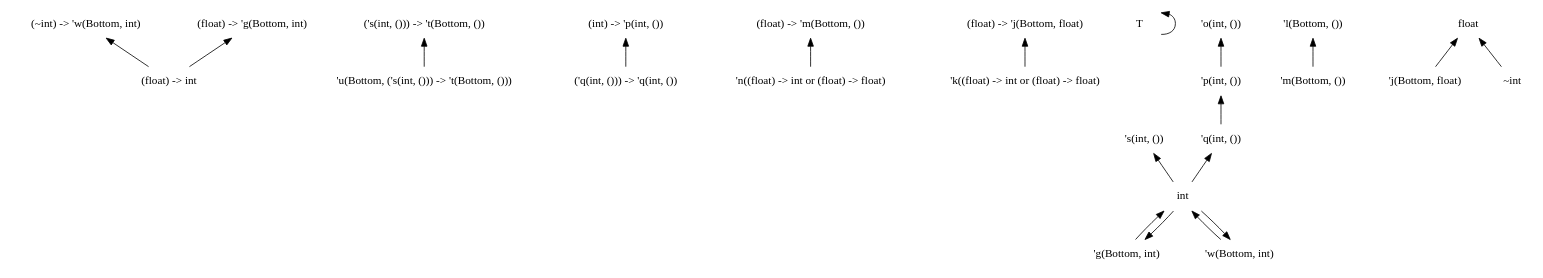
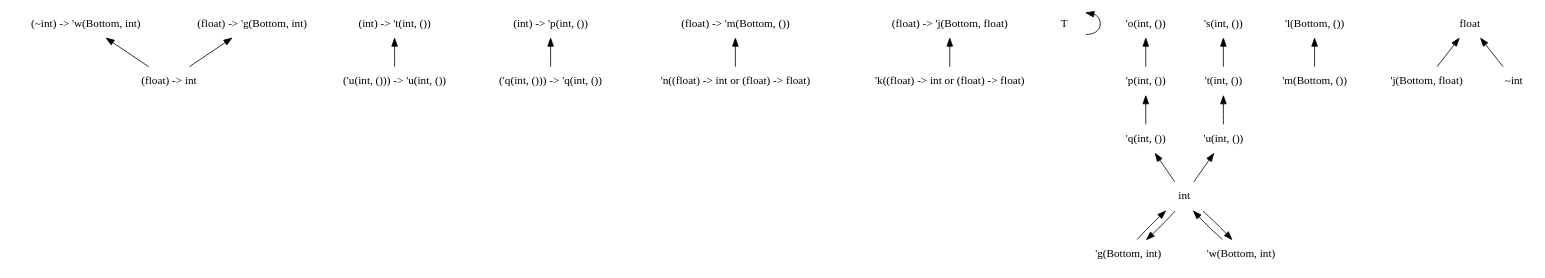
One commit to chocobo333/regino changed the diagram in dots/2.dot. Above: the diagram before and after it, drawn with Graphviz. The commit also changed 39 other files, not shown here.

```diff
--- a/dots/2.dot
+++ b/dots/2.dot
@@ -1,53 +1,57 @@
 digraph order {
   graph [
     size = "30,10"
     ];
   node [
     shape = none
     ];
   edge [
     dir = back
     ];
+  "(float) -> int"
   "(~int) -> 'w(Bottom, int)"
   "(float) -> 'g(Bottom, int)"
-  "('s(int, ())) -> 't(Bottom, ())"
+  "(int) -> 't(int, ())"
   "(int) -> 'p(int, ())"
   "(float) -> 'm(Bottom, ())"
   "(float) -> 'j(Bottom, float)"
   "T"
   "'k((float) -> int or (float) -> float)"
   "'n((float) -> int or (float) -> float)"
-  "'u(Bottom, ('s(int, ())) -> 't(Bottom, ()))"
+  "'t(int, ())"
+  "'u(int, ())"
   "'p(int, ())"
   "'q(int, ())"
   "'m(Bottom, ())"
-  "'j(Bottom, float)"
   "'g(Bottom, int)"
   "'w(Bottom, int)"
+  "'j(Bottom, float)"
   "'s(int, ())"
   "'o(int, ())"
   "'l(Bottom, ())"
   "float"
   "int"
   "~int"
+  "('u(int, ())) -> 'u(int, ())"
   "('q(int, ())) -> 'q(int, ())"
-  "(float) -> int"
   "(float) -> 'm(Bottom, ())" -> "'n((float) -> int or (float) -> float)"
   "(float) -> 'j(Bottom, float)" -> "'k((float) -> int or (float) -> float)"
   "(~int) -> 'w(Bottom, int)" -> "(float) -> int"
   "(float) -> 'g(Bottom, int)" -> "(float) -> int"
+  "'w(Bottom, int)" -> "int"
   "T" -> "T"
   "float" -> "'j(Bottom, float)"
   "float" -> "~int"
-  "'s(int, ())" -> "int"
+  "'s(int, ())" -> "'t(int, ())"
+  "'u(int, ())" -> "int"
+  "'t(int, ())" -> "'u(int, ())"
   "int" -> "'g(Bottom, int)"
   "int" -> "'w(Bottom, int)"
   "'o(int, ())" -> "'p(int, ())"
   "'q(int, ())" -> "int"
   "'p(int, ())" -> "'q(int, ())"
   "'l(Bottom, ())" -> "'m(Bottom, ())"
   "'g(Bottom, int)" -> "int"
-  "'w(Bottom, int)" -> "int"
-  "('s(int, ())) -> 't(Bottom, ())" -> "'u(Bottom, ('s(int, ())) -> 't(Bottom, ()))"
+  "(int) -> 't(int, ())" -> "('u(int, ())) -> 'u(int, ())"
   "(int) -> 'p(int, ())" -> "('q(int, ())) -> 'q(int, ())"
 }
```
